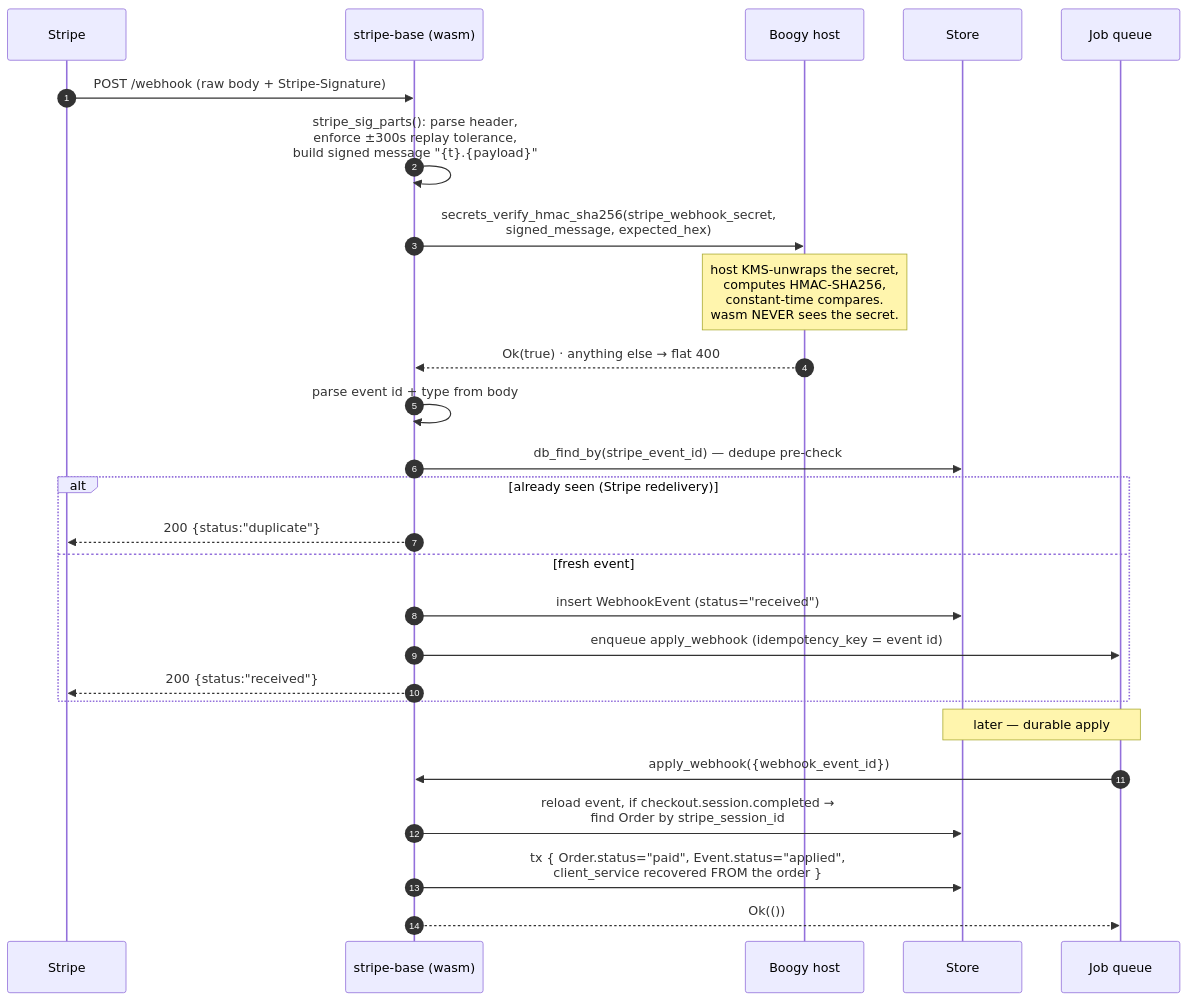
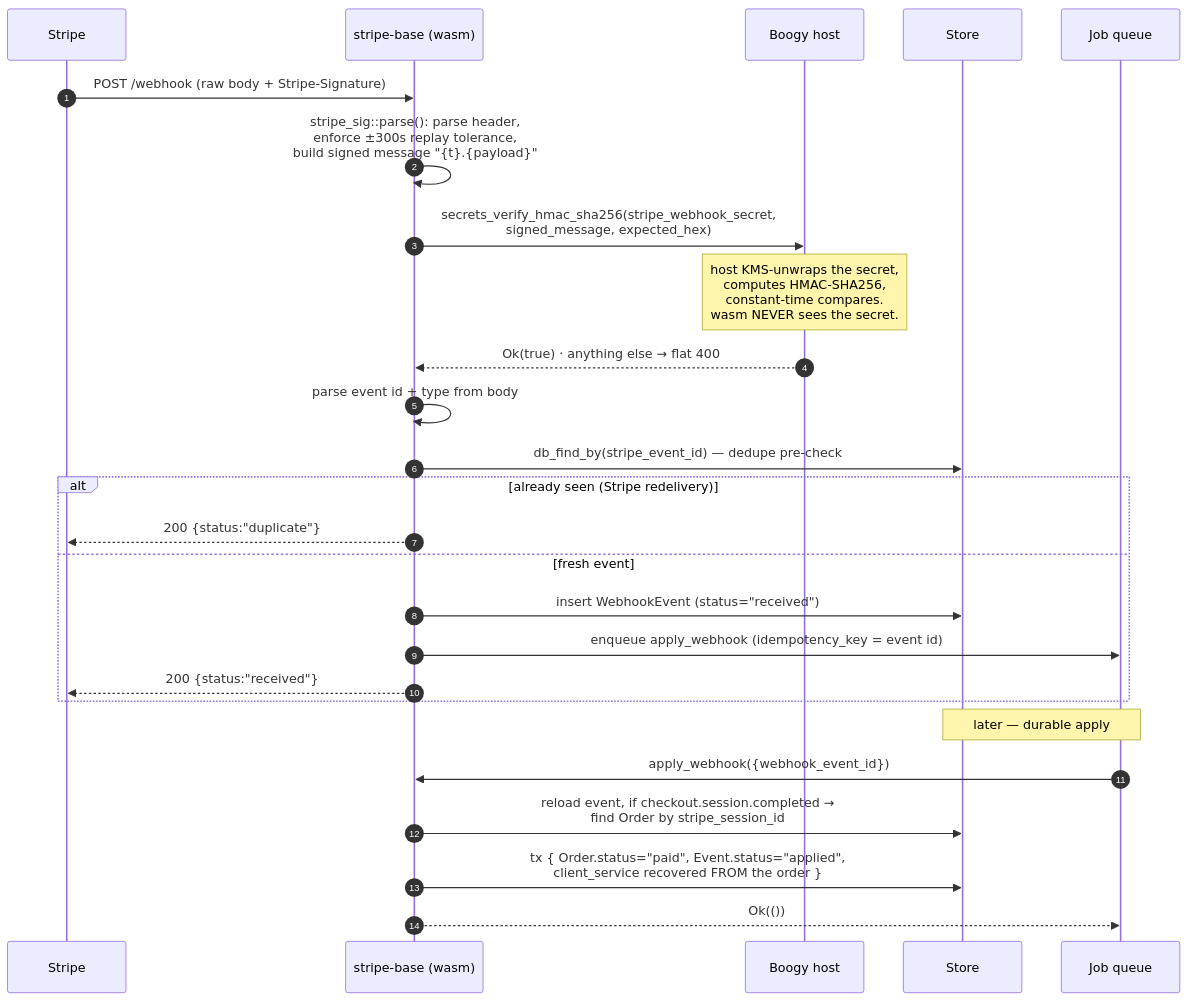
One commit to Boogy-ai/boogy-catalog changed the third of 5 diagrams in crates/catalog/stripe-base/README.md. Above: the diagram before and after it, drawn with Mermaid. The commit also changed 4 other files, not shown here.

````diff
--- a/crates/catalog/stripe-base/README.md
+++ b/crates/catalog/stripe-base/README.md
@@ -262,30 +262,30 @@
 ```mermaid
 sequenceDiagram
     autonumber
     participant Stripe as Stripe
     participant G as stripe-base (wasm)
     participant Host as Boogy host
     participant DB as Store
     participant JQ as Job queue
 
     Stripe->>G: POST /webhook (raw body + Stripe-Signature)
-    G->>G: stripe_sig_parts(): parse header,<br/>enforce ±300s replay tolerance,<br/>build signed message "{t}.{payload}"
+    G->>G: stripe_sig::parse(): parse header,<br/>enforce ±300s replay tolerance,<br/>build signed message "{t}.{payload}"
     G->>Host: secrets_verify_hmac_sha256(stripe_webhook_secret,<br/>signed_message, expected_hex)
     Note over Host: host KMS-unwraps the secret,<br/>computes HMAC-SHA256,<br/>constant-time compares.<br/>wasm NEVER sees the secret.
     Host-->>G: Ok(true)  ·  anything else → flat 400
     G->>G: parse event id + type from body
     G->>DB: db_find_by(stripe_event_id)  — dedupe pre-check
     alt already seen (Stripe redelivery)
         G-->>Stripe: 200 {status:"duplicate"}
     else fresh event
         G->>DB: insert WebhookEvent (status="received")
         G->>JQ: enqueue apply_webhook (idempotency_key = event id)
         G-->>Stripe: 200 {status:"received"}
     end
 
     Note over JQ,DB: later — durable apply
     JQ->>G: apply_webhook({webhook_event_id})
     G->>DB: reload event, if checkout.session.completed →<br/>find Order by stripe_session_id
     G->>DB: tx { Order.status="paid", Event.status="applied",<br/>client_service recovered FROM the order }
     G-->>JQ: Ok(())
 ```
````
